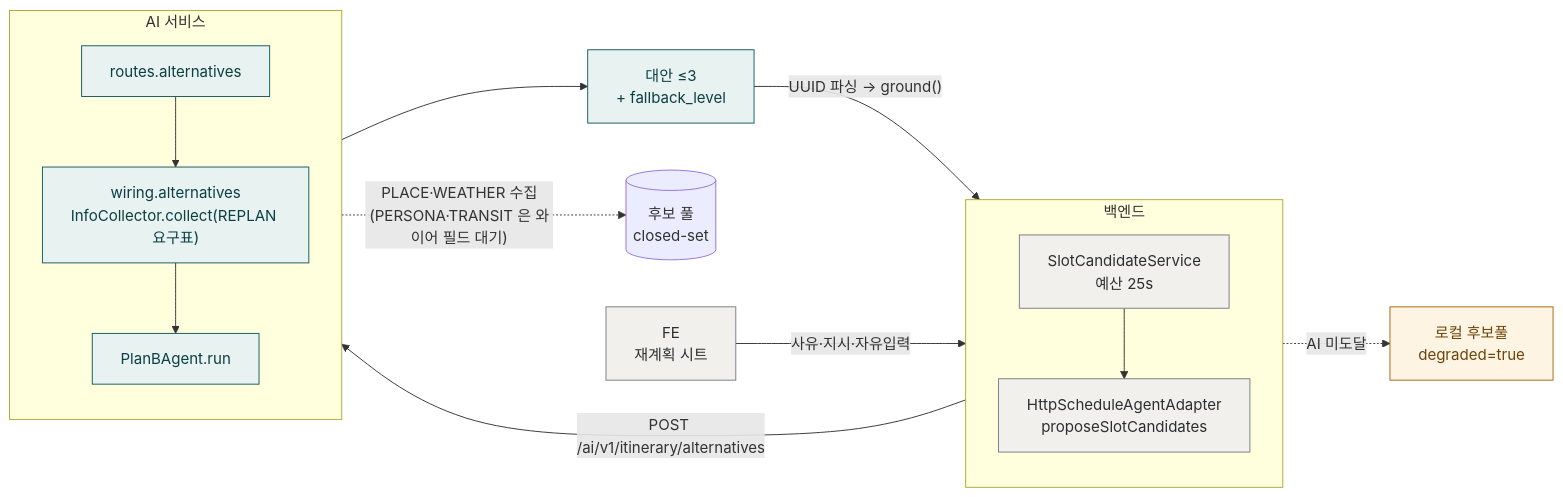
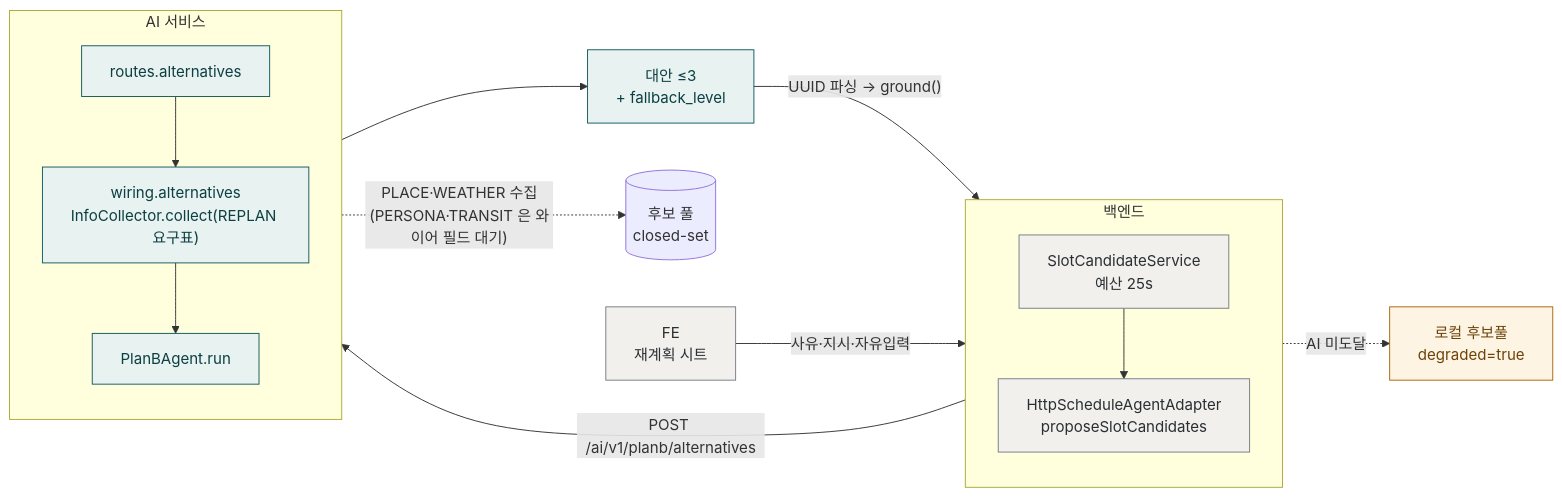
One commit to ASM-TripPilot/trippilot changed the diagram in ai/mermaid/planB/planb-1-request-path.md. Above: the diagram before and after it, drawn with Mermaid. The commit also changed other lines of this file and 15 other files, not shown here.

First line of the commit message:
feat(ai): planb 경로 단독화 — 구 itinerary 경로 삭제 (TRIP-960 ④)

````diff
--- a/ai/mermaid/planB/planb-1-request-path.md
+++ b/ai/mermaid/planB/planb-1-request-path.md
@@ -7,29 +7,29 @@
 ```mermaid
 flowchart LR
   FE["FE<br/>재계획 시트"] -->|"사유·지시·자유입력"| BE
 
   subgraph BE["백엔드"]
     direction TB
     SVC["SlotCandidateService<br/>예산 25s"] --> ADP["HttpScheduleAgentAdapter<br/>proposeSlotCandidates"]
   end
 
-  ADP -->|"POST /ai/v1/itinerary/alternatives"| RT
+  ADP -->|"POST /ai/v1/planb/alternatives"| RT
 
   subgraph AI["AI 서비스"]
     direction TB
     RT["routes.alternatives"] --> WIR["wiring.alternatives<br/>InfoCollector.collect(REPLAN 요구표)"]
     WIR --> AG["PlanBAgent.run"]
   end
 
   WIR -.->|"PLACE·WEATHER 수집<br/>(PERSONA·TRANSIT 은 와이어 필드 대기)"| POOL[("후보 풀<br/>closed-set")]
   AG --> OUT["대안 ≤3<br/>+ fallback_level"]
   OUT -->|"UUID 파싱 → ground()"| ADP
   ADP -.->|"AI 미도달"| LOCAL["로컬 후보풀<br/>degraded=true"]
 
   classDef ai fill:#e7f2f1,stroke:#12595f,color:#0d3f43
   classDef be fill:#f1f0ec,stroke:#767c83,color:#2b2f33
   classDef warn fill:#fdf4e3,stroke:#a8660c,color:#6d4308
   class RT,WIR,AG,OUT ai
   class SVC,ADP,FE be
   class LOCAL warn
 ```
````
